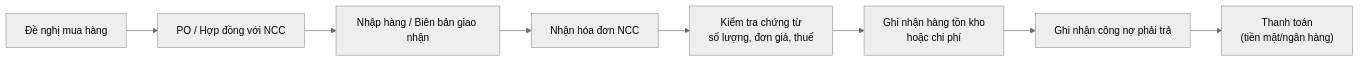
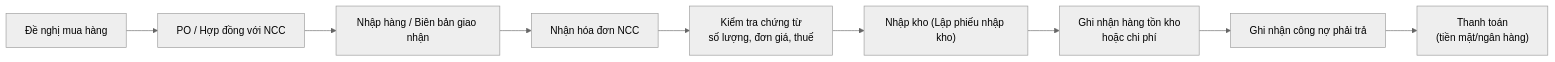
Before and after one commit to anhttmle/CAIO: the sixth of 15 diagrams in OrgAgent/accounting.md, drawn with Mermaid (neutral theme). The commit also changed other lines of this file, not shown here.

````diff
--- a/OrgAgent/accounting.md
+++ b/OrgAgent/accounting.md
@@ -131,10 +131,11 @@
 ```mermaid
 flowchart LR
     A["Đề nghị mua hàng"] --> B["PO / Hợp đồng với NCC"]
     B --> C["Nhập hàng / Biên bản giao nhận"]
     C --> D["Nhận hóa đơn NCC"]
     D --> E["Kiểm tra chứng từ\nsố lượng, đơn giá, thuế"]
-    E --> F["Ghi nhận hàng tồn kho\nhoặc chi phí"]
+    E --> E1["Nhập kho (Lập phiếu nhập kho)"]
+    E1 --> F["Ghi nhận hàng tồn kho\nhoặc chi phí"]
     F --> G["Ghi nhận công nợ phải trả"]
     G --> H["Thanh toán\n(tiền mặt/ngân hàng)"]
 ```
````
